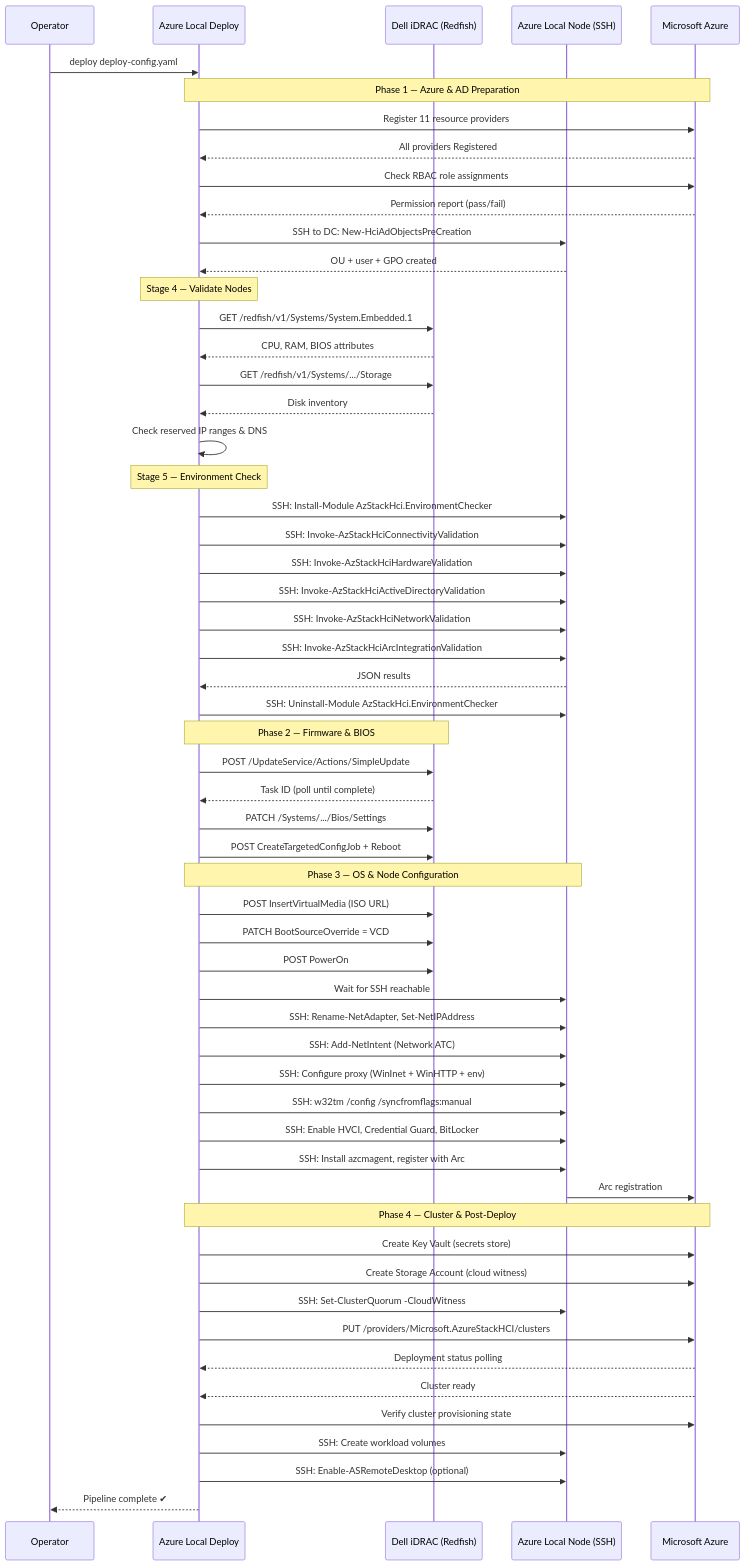
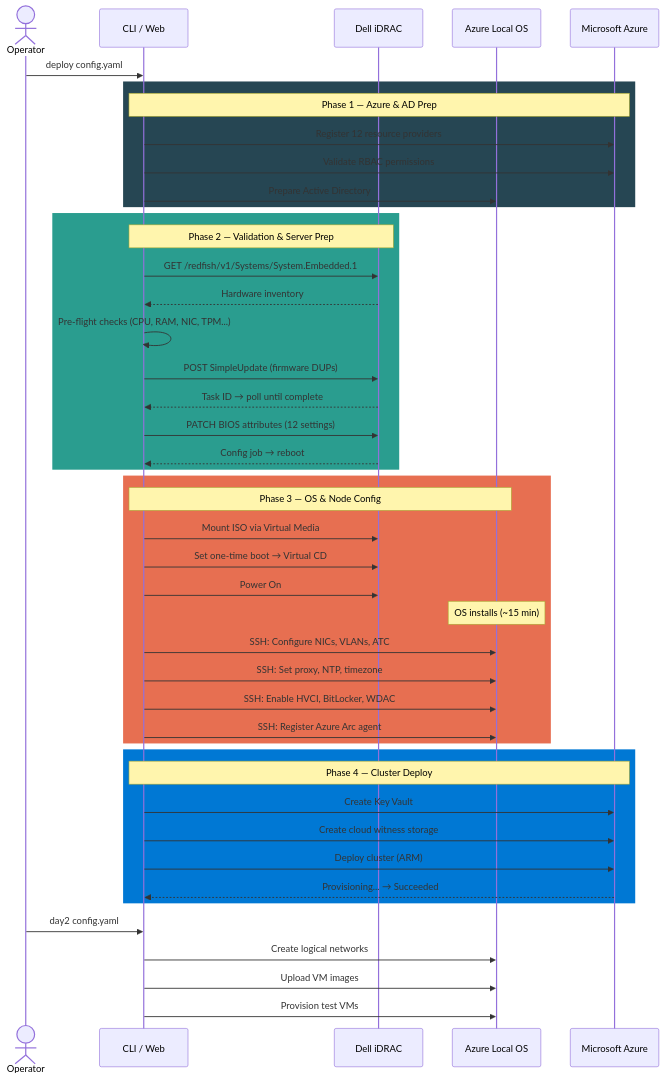
Before and after one commit to gusitde/azure-local-deplpy-app: the seventh of 15 diagrams in README.md, drawn with Mermaid. The commit also changed other lines of this file and 39 other files, not shown here.

First line of the commit message:
Add firmware scripts, rewrite README with Mermaid diagrams, update .gitignore

````diff
--- a/README.md
+++ b/README.md
@@ -303,67 +256,53 @@
 ```mermaid
 sequenceDiagram
-    participant Op as Operator
-    participant App as Azure Local Deploy
-    participant iDRAC as Dell iDRAC (Redfish)
-    participant Node as Azure Local Node (SSH)
+    actor Op as Operator
+    participant CLI as CLI / Web
+    participant iDRAC as Dell iDRAC
+    participant Node as Azure Local OS
     participant Azure as Microsoft Azure
 
-    Op->>App: deploy deploy-config.yaml
+    Op->>CLI: deploy config.yaml
 
-    Note over App,Azure: Phase 1 — Azure & AD Preparation
-    App->>Azure: Register 11 resource providers
-    Azure-->>App: All providers Registered
-    App->>Azure: Check RBAC role assignments
-    Azure-->>App: Permission report (pass/fail)
-    App->>Node: SSH to DC: New-HciAdObjectsPreCreation
-    Node-->>App: OU + user + GPO created
+    rect rgb(38,70,83)
+        Note over CLI,Azure: Phase 1 — Azure & AD Prep
+        CLI->>Azure: Register 12 resource providers
+        CLI->>Azure: Validate RBAC permissions
+        CLI->>Node: Prepare Active Directory
+    end
 
-    Note over App: Stage 4 — Validate Nodes
-    App->>iDRAC: GET /redfish/v1/Systems/System.Embedded.1
-    iDRAC-->>App: CPU, RAM, BIOS attributes
-    App->>iDRAC: GET /redfish/v1/Systems/.../Storage
-    iDRAC-->>App: Disk inventory
-    App->>App: Check reserved IP ranges & DNS
-    
-    Note over App: Stage 5 — Environment Check
-    App->>Node: SSH: Install-Module AzStackHci.EnvironmentChecker
-    App->>Node: SSH: Invoke-AzStackHciConnectivityValidation
-    App->>Node: SSH: Invoke-AzStackHciHardwareValidation
-    App->>Node: SSH: Invoke-AzStackHciActiveDirectoryValidation
-    App->>Node: SSH: Invoke-AzStackHciNetworkValidation
-    App->>Node: SSH: Invoke-AzStackHciArcIntegrationValidation
-    Node-->>App: JSON results
-    App->>Node: SSH: Uninstall-Module AzStackHci.EnvironmentChecker
+    rect rgb(42,157,143)
+        Note over CLI,iDRAC: Phase 2 — Validation & Server Prep
+        CLI->>iDRAC: GET /redfish/v1/Systems/System.Embedded.1
+        iDRAC-->>CLI: Hardware inventory
+        CLI->>CLI: Pre-flight checks (CPU, RAM, NIC, TPM...)
+        CLI->>iDRAC: POST SimpleUpdate (firmware DUPs)
+        iDRAC-->>CLI: Task ID → poll until complete
+        CLI->>iDRAC: PATCH BIOS attributes (12 settings)
+        iDRAC-->>CLI: Config job → reboot
+    end
 
-    Note over App,iDRAC: Phase 2 — Firmware & BIOS
-    App->>iDRAC: POST /UpdateService/Actions/SimpleUpdate
-    iDRAC-->>App: Task ID (poll until complete)
-    App->>iDRAC: PATCH /Systems/.../Bios/Settings
-    App->>iDRAC: POST CreateTargetedConfigJob + Reboot
+    rect rgb(231,111,81)
+        Note over CLI,Node: Phase 3 — OS & Node Config
+        CLI->>iDRAC: Mount ISO via Virtual Media
+        CLI->>iDRAC: Set one-time boot → Virtual CD
+        CLI->>iDRAC: Power On
+        Note over Node: OS installs (~15 min)
+        CLI->>Node: SSH: Configure NICs, VLANs, ATC
+        CLI->>Node: SSH: Set proxy, NTP, timezone
+        CLI->>Node: SSH: Enable HVCI, BitLocker, WDAC
+        CLI->>Node: SSH: Register Azure Arc agent
+    end
 
-    Note over App,Node: Phase 3 — OS & Node Configuration
-    App->>iDRAC: POST InsertVirtualMedia (ISO URL)
-    App->>iDRAC: PATCH BootSourceOverride = VCD
-    App->>iDRAC: POST PowerOn
-    App->>Node: Wait for SSH reachable
-    App->>Node: SSH: Rename-NetAdapter, Set-NetIPAddress
-    App->>Node: SSH: Add-NetIntent (Network ATC)
-    App->>Node: SSH: Configure proxy (WinInet + WinHTTP + env)
-    App->>Node: SSH: w32tm /config /syncfromflags:manual
-    App->>Node: SSH: Enable HVCI, Credential Guard, BitLocker
-    App->>Node: SSH: Install azcmagent, register with Arc
-    Node->>Azure: Arc registration
+    rect rgb(0,120,212)
+        Note over CLI,Azure: Phase 4 — Cluster Deploy
+        CLI->>Azure: Create Key Vault
+        CLI->>Azure: Create cloud witness storage
+        CLI->>Azure: Deploy cluster (ARM)
+        Azure-->>CLI: Provisioning... → Succeeded
+    end
 
-    Note over App,Azure: Phase 4 — Cluster & Post-Deploy
-    App->>Azure: Create Key Vault (secrets store)
-    App->>Azure: Create Storage Account (cloud witness)
-    App->>Node: SSH: Set-ClusterQuorum -CloudWitness
-    App->>Azure: PUT /providers/Microsoft.AzureStackHCI/clusters
-    Azure-->>App: Deployment status polling
-    Azure-->>App: Cluster ready
-    App->>Azure: Verify cluster provisioning state
-    App->>Node: SSH: Create workload volumes
-    App->>Node: SSH: Enable-ASRemoteDesktop (optional)
-
-    App-->>Op: Pipeline complete ✔
+    Op->>CLI: day2 config.yaml
+    CLI->>Node: Create logical networks
+    CLI->>Node: Upload VM images
+    CLI->>Node: Provision test VMs
 ```
````
